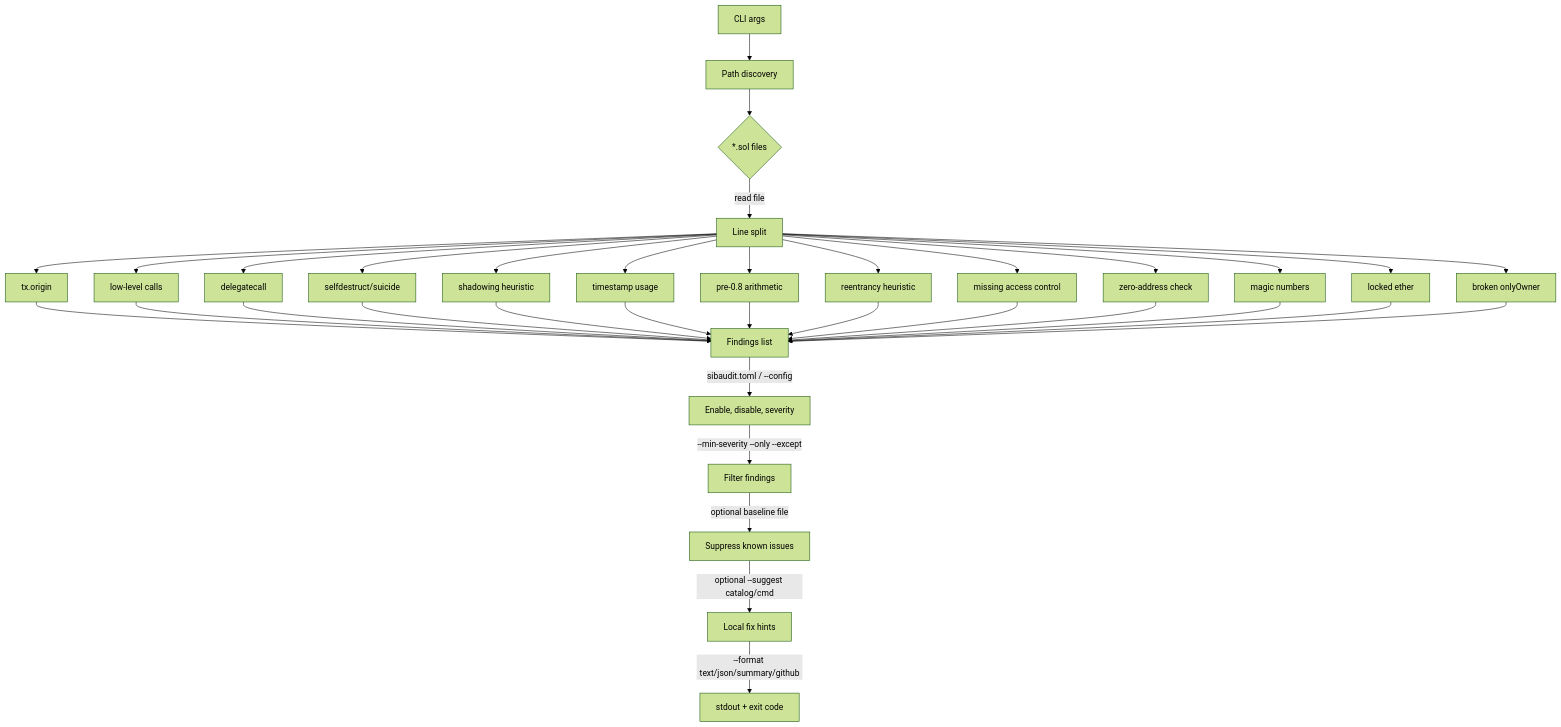
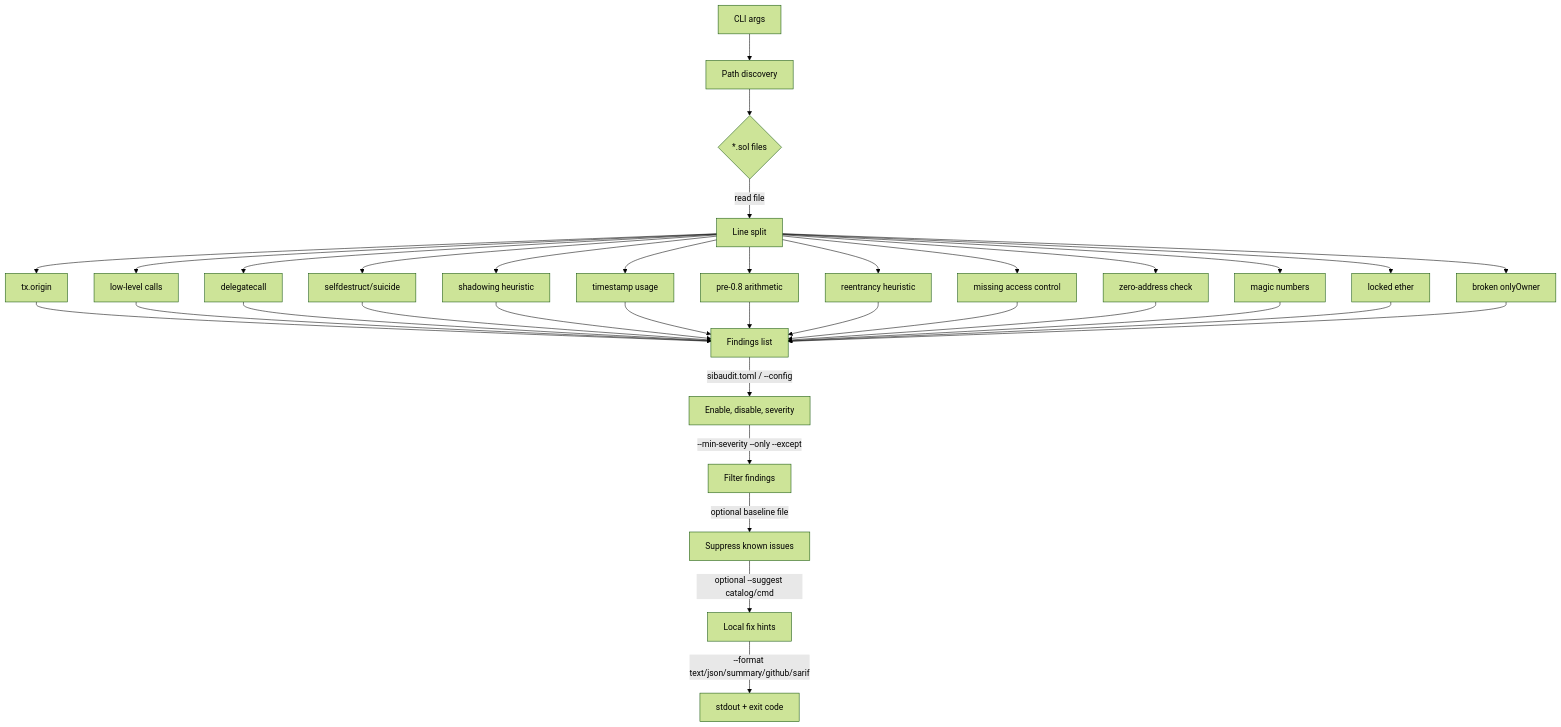
The diagram in README.md (SibghatUllah1997/audit-agent-py), drawn with Mermaid (forest theme) before and after one commit. The commit also changed other lines of this file and 6 other files, not shown here.

First line of the commit message:
Add SARIF output for GitHub code scanning (#15)

````diff
--- a/README.md
+++ b/README.md
@@ -353,25 +365,25 @@
 ```mermaid
 flowchart TD
     A[CLI args] --> B[Path discovery]
     B --> C{*.sol files}
     C -->|read file| D[Line split]
     D --> E1[tx.origin]
     D --> E2[low-level calls]
     D --> E3[delegatecall]
     D --> E4[selfdestruct/suicide]
     D --> E5[shadowing heuristic]
     D --> E6[timestamp usage]
     D --> E7[pre-0.8 arithmetic]
     D --> E8[reentrancy heuristic]
     D --> E9[missing access control]
     D --> E10[zero-address check]
     D --> E11[magic numbers]
     D --> E12[locked ether]
     D --> E13[broken onlyOwner]
     E1 & E2 & E3 & E4 & E5 & E6 & E7 & E8 & E9 & E10 & E11 & E12 & E13 --> F[Findings list]
     F -->|sibaudit.toml / --config| CFG[Enable, disable, severity]
     CFG -->|--min-severity --only --except| FLT[Filter findings]
     FLT -->|optional baseline file| G[Suppress known issues]
     G -->|optional --suggest catalog/cmd| I[Local fix hints]
-    I -->|--format text/json/summary/github| H[stdout + exit code]
+    I -->|--format text/json/summary/github/sarif| H[stdout + exit code]
 ```
````
